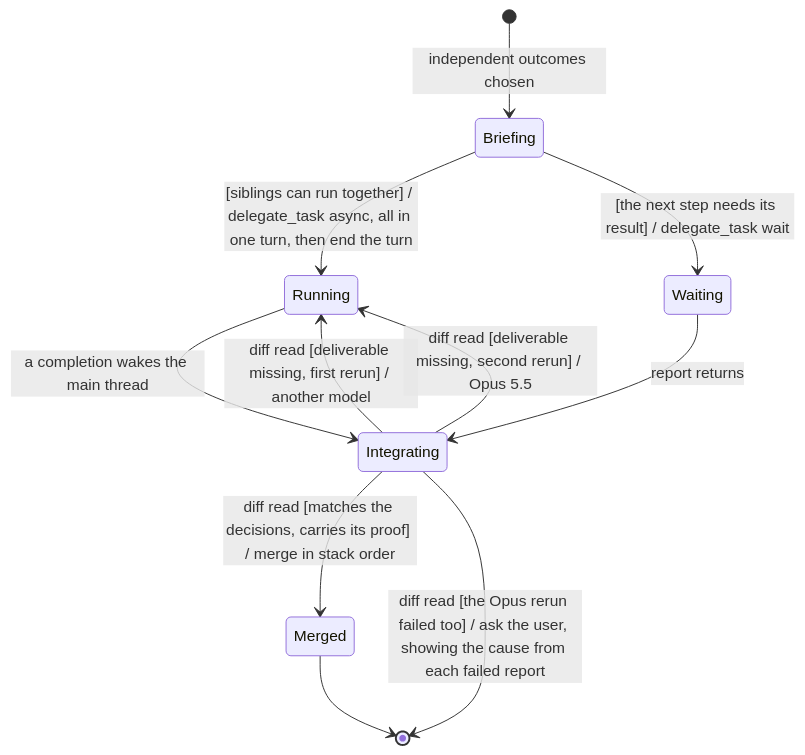
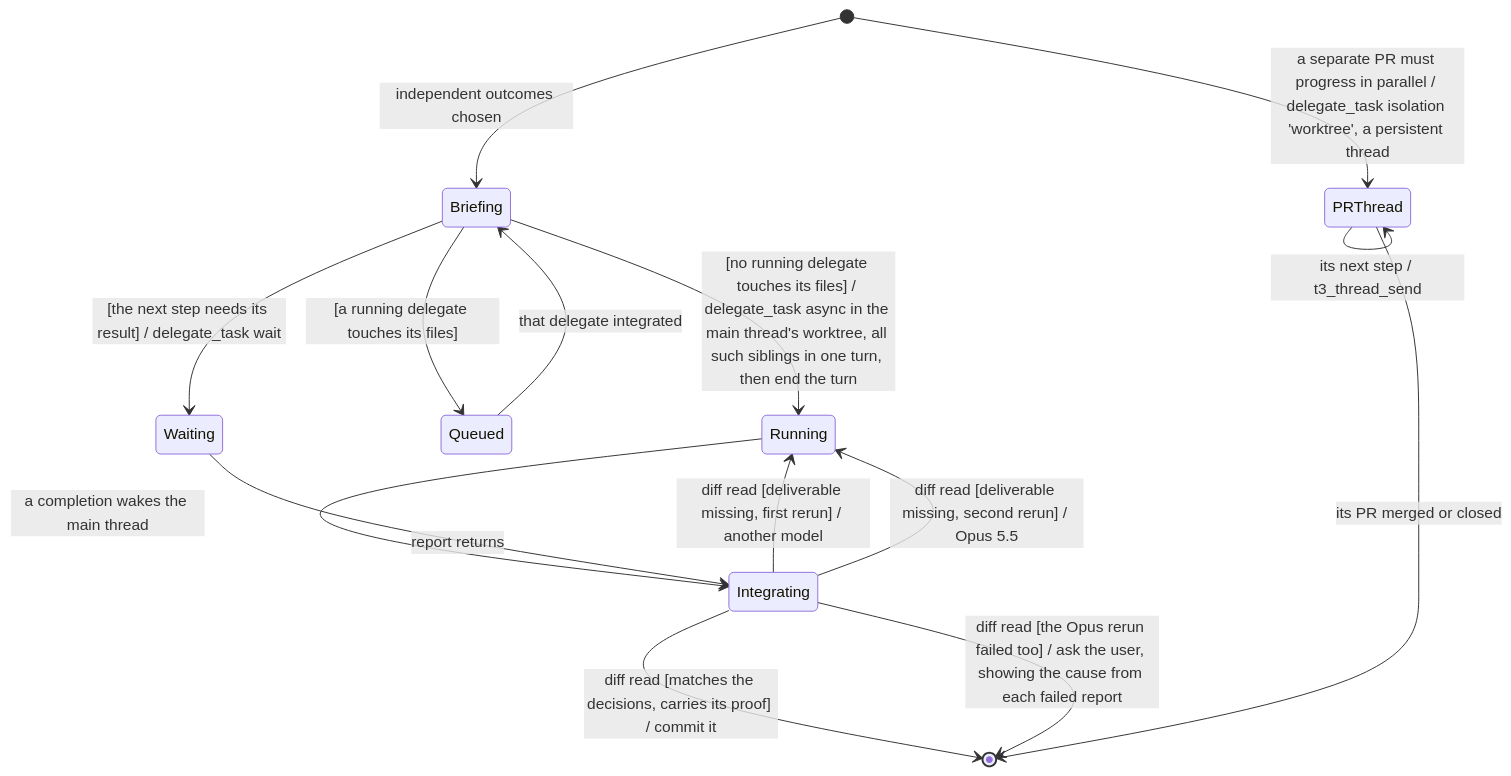
Before and after one commit to MP281X/deslop: the second of 3 diagrams in .claude/skills/orchestrator/SKILL.md, drawn with Mermaid. The commit also changed other lines of this file and 6 other files, not shown here.

Commit message:
Prompts keep only every-turn rules; the orchestrator owns the repository process; delegates share the main thread's checkout and never commit; skill descriptions become triggers

````diff
--- a/.claude/skills/orchestrator/SKILL.md
+++ b/.claude/skills/orchestrator/SKILL.md
@@ -26,13 +51,17 @@
 ```mermaid
 stateDiagram-v2
     [*] --> Briefing : independent outcomes chosen
-    Briefing --> Running : [siblings can run together] / delegate_task async, all in one turn, then end the turn
+    Briefing --> Running : [no running delegate touches its files] / delegate_task async in the main thread's worktree, all such siblings in one turn, then end the turn
+    Briefing --> Queued : [a running delegate touches its files]
+    Queued --> Briefing : that delegate integrated
     Briefing --> Waiting : [the next step needs its result] / delegate_task wait
     Running --> Integrating : a completion wakes the main thread
     Waiting --> Integrating : report returns
-    Integrating --> Merged : diff read [matches the decisions, carries its proof] / merge in stack order
+    Integrating --> [*] : diff read [matches the decisions, carries its proof] / commit it
     Integrating --> Running : diff read [deliverable missing, first rerun] / another model
     Integrating --> Running : diff read [deliverable missing, second rerun] / Opus 5.5
     Integrating --> [*] : diff read [the Opus rerun failed too] / ask the user, showing the cause from each failed report
-    Merged --> [*]
+    [*] --> PRThread : a separate PR must progress in parallel / delegate_task isolation 'worktree', a persistent thread
+    PRThread --> PRThread : its next step / t3_thread_send
+    PRThread --> [*] : its PR merged or closed
 ```
````
